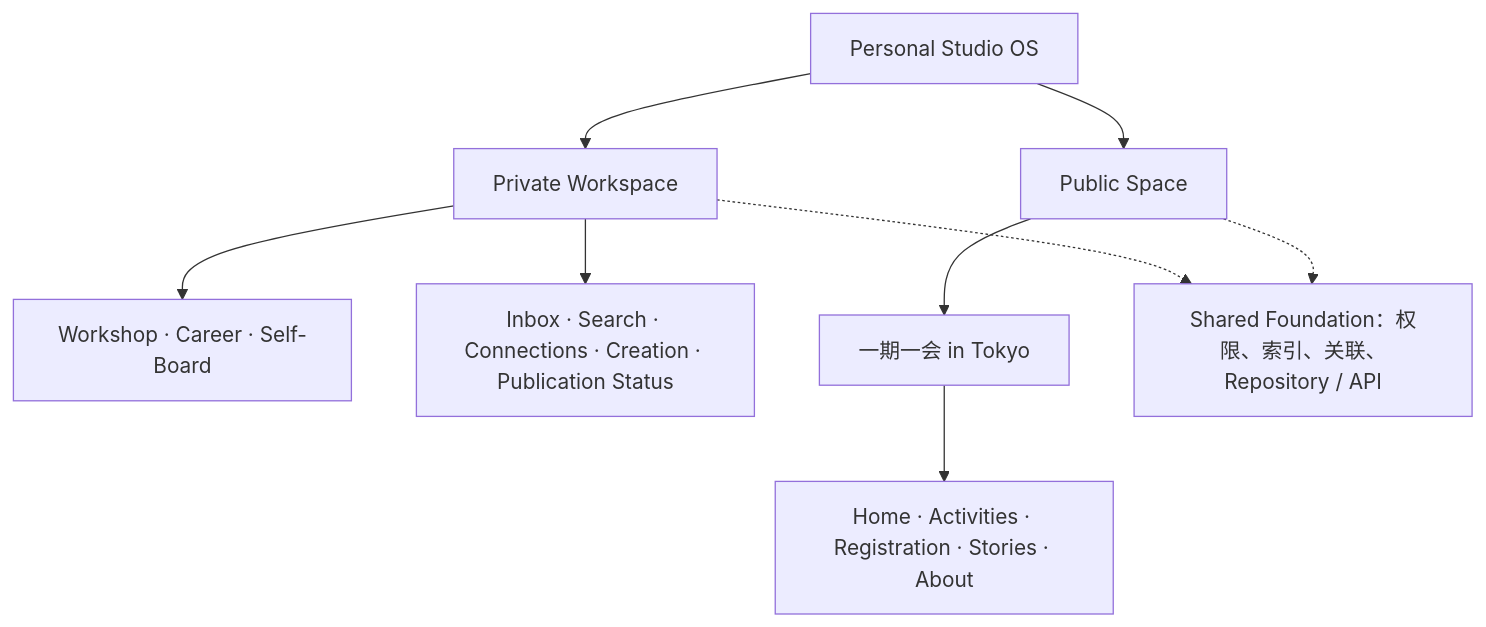
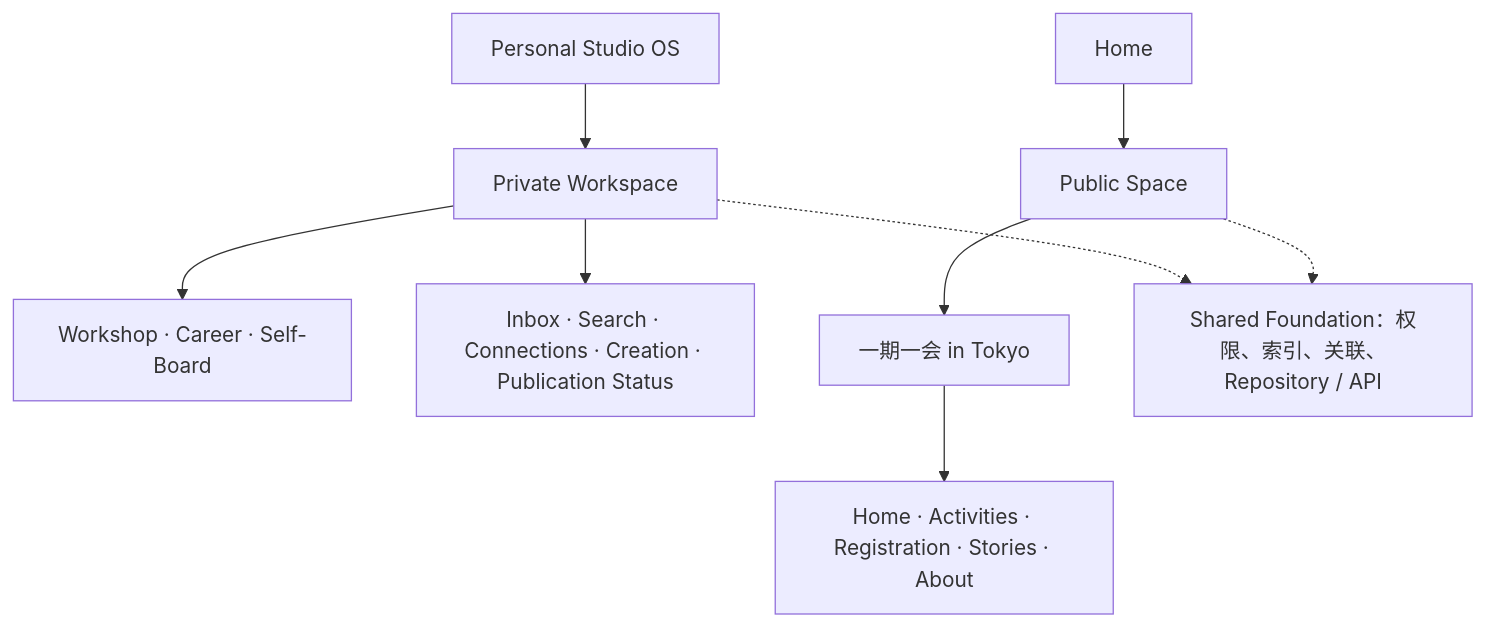
The first of 2 diagrams in docs/architecture.md (Emily95Yi/personal-studio-os), drawn with Mermaid before and after one commit. The commit also changed other lines of this file and 5 other files, not shown here.

````diff
--- a/docs/architecture.md
+++ b/docs/architecture.md
@@ -5,11 +5,11 @@
 ```mermaid
 flowchart TB
   OS["Personal Studio OS"] --> Private["Private Workspace"]
-  OS --> Public["Public Space"]
+  Home --> Public["Public Space"]
   Private --> Domains["Workshop · Career · Self-Board"]
   Private --> Tools["Inbox · Search · Connections · Creation · Publication Status"]
   Public --> Tokyo["一期一会 in Tokyo"]
   Tokyo --> Pages["Home · Activities · Registration · Stories · About"]
   Private -.-> Foundation["Shared Foundation：权限、索引、关联、Repository / API"]
   Public -.-> Foundation
 ```
````
